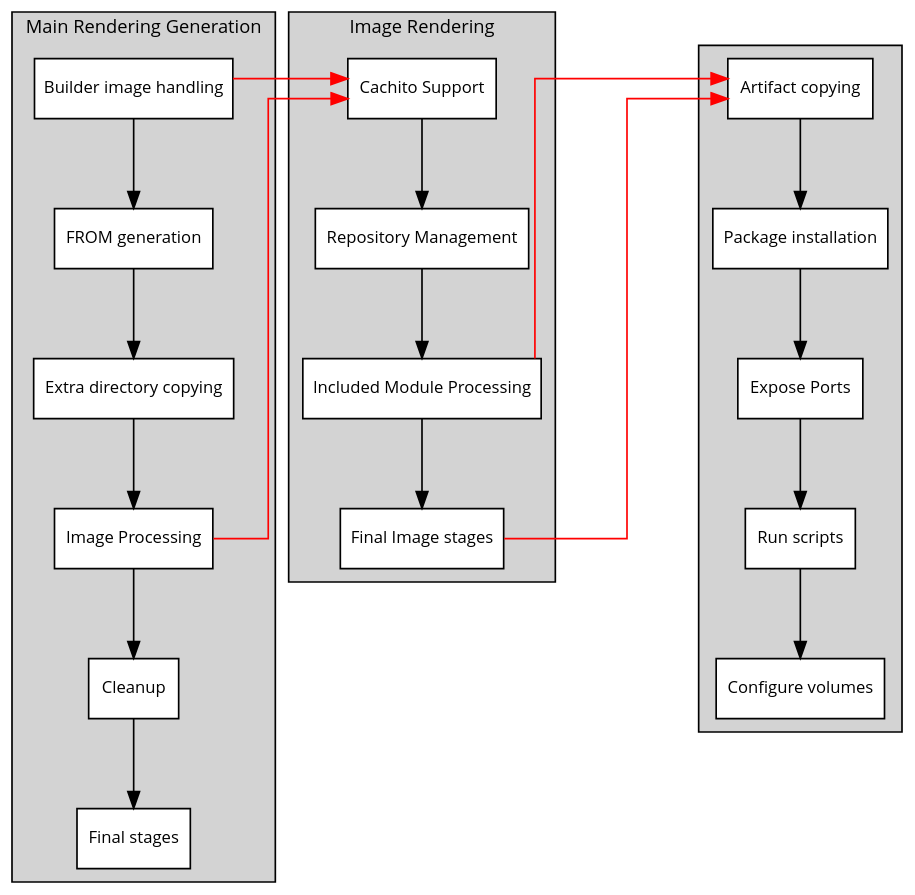
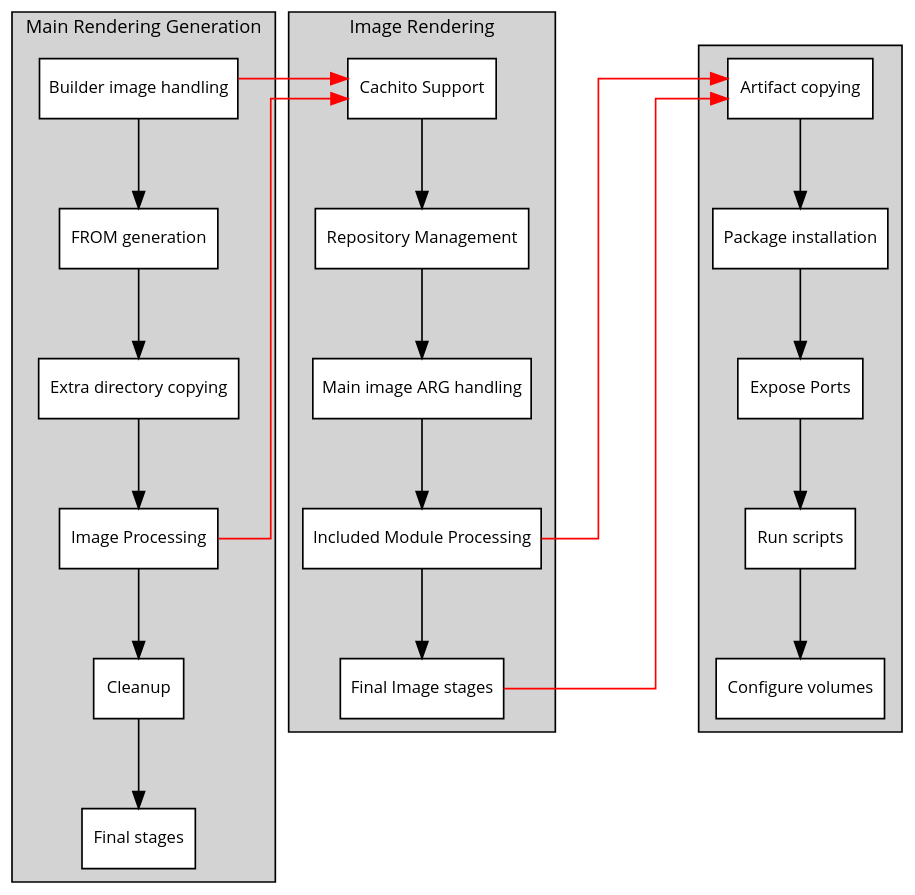
Before and after one commit to cekit/cekit: the diagram in docs/handbook/modules/image_order.rst, drawn with Graphviz. The commit also changed other lines of this file and 3 other files, not shown here.

```diff
--- a/docs/handbook/modules/image_order.rst
+++ b/docs/handbook/modules/image_order.rst
@@ -13,53 +13,54 @@
 .. graphviz::
     :align: center
     :alt: Module installation
     :name: module-installation-diagram
 
      digraph module_installation {
         bgcolor="transparent";
         graph [fontsize="11", fontname="Open Sans", compound="true", splines=ortho, nodesep=0.5, ranksep=0.75];
         node [shape="box", fontname="Open Sans", fontsize="10", style="filled", fillcolor="white"];
 
         // main rendering
         subgraph cluster_0 {
                 bgcolor="lightgrey"
                 label="Main Rendering Generation";
                 builder [label="Builder image handling"];
                 from [label="FROM generation"];
                 extra [label="Extra directory copying"];
                 image [label="Image Processing"];
                 cleanup [label="Cleanup"];
                 final [label="Final stages", href="#final-stages"];
         }
 
         // process_image
         subgraph cluster_1 {
                 bgcolor="lightgrey"
                 label="Image Rendering";
                 cachito [label="Cachito Support", rank=same];
+                arg [label="Main image ARG handling"];
                 repo [label="Repository Management"];
                 module [label="Included Module Processing"];
                 complete_image [label="Final Image stages", href="#final-image-stages"];
         }
 
         // process_module
         subgraph cluster_2 {
                 bgcolor="lightgrey"
                 artifact [label="Artifact copying", rank=same];
                 pkg_install [label="Package installation"];
                 ports [label="Expose Ports"];
                 run [label="Run scripts"];
                 volumes [label="Configure volumes"];
         }
 
         // graph control
         builder -> from -> extra -> image -> cleanup -> final;
-        cachito -> repo -> module -> complete_image;
+        cachito -> repo -> arg -> module -> complete_image;
         artifact -> pkg_install -> ports -> run -> volumes;
 
         // subgraph links
         builder -> cachito[constraint=false, color="red"];
         image -> cachito[constraint=false, color="red"];
         module -> artifact[constraint=false, color="red"];
         complete_image -> artifact[constraint=false, color="red"];
     }
```
